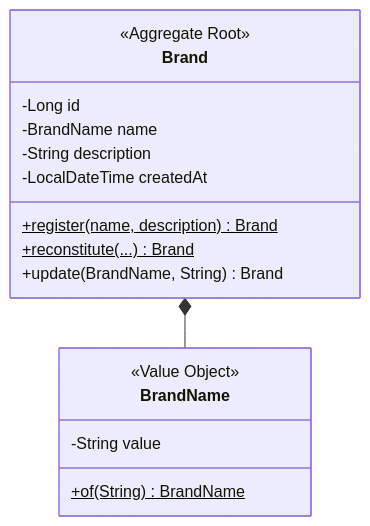
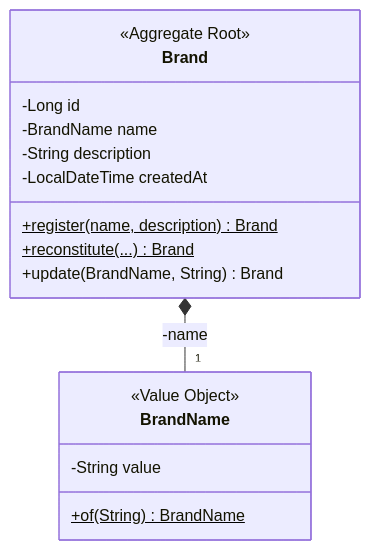
The sixth of 9 diagrams in .docs/design/03-class-diagram.md (ukukdin/loop-pack-be-l2-vol3-java), drawn with Mermaid before and after one commit. The commit also changed other lines of this file, not shown here.

Commit message:
⏺ refactor: class-diagram 수정

````diff
--- a/.docs/design/03-class-diagram.md
+++ b/.docs/design/03-class-diagram.md
@@ -290,20 +713,20 @@
 ```mermaid
 classDiagram
-    Brand *-- BrandName
-
     class Brand {
         <<Aggregate Root>>
         -Long id
         -BrandName name
         -String description
         -LocalDateTime createdAt
         +register(name, description)$ Brand
         +reconstitute(...)$ Brand
         +update(BrandName, String) Brand
     }
     class BrandName {
         <<Value Object>>
         -String value
         +of(String)$ BrandName
     }
+
+    Brand *-- "1" BrandName : -name
 ```
````
